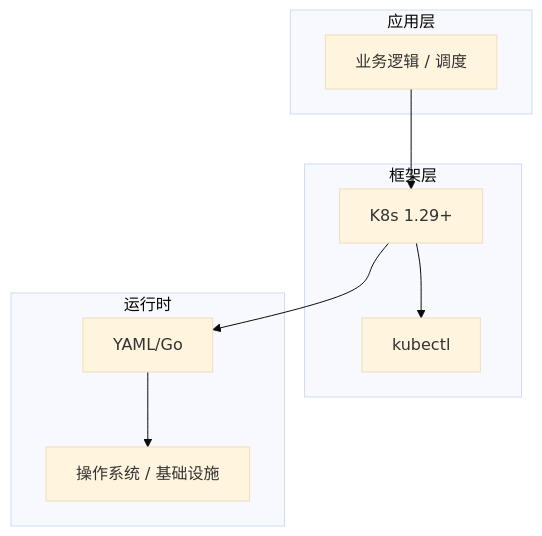
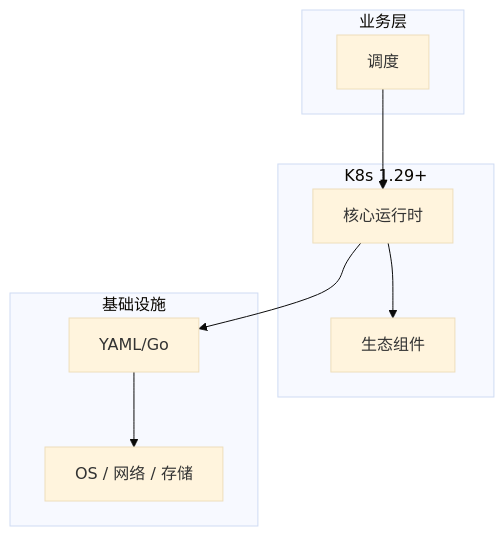
One commit to yanggan2015/knowledge-json-v2 changed the diagram in articles/Kubernetes/chapters/137-调度核心概念与原理.md. Above: the diagram before and after it, drawn with Mermaid (base theme). The commit also changed other lines of this file and 10127 other files, not shown here.

````diff
--- a/articles/Kubernetes/chapters/137-调度核心概念与原理.md
+++ b/articles/Kubernetes/chapters/137-调度核心概念与原理.md
@@ -45,18 +34,18 @@
 ```mermaid
 graph TB
-    subgraph 应用层
-        A[业务逻辑 / 调度]
+    subgraph 业务层
+        A[调度]
     end
-    subgraph 框架层
-        B[K8s 1.29+]
-        C[kubectl]
+    subgraph K8s 1.29+
+        B[核心运行时]
+        C[生态组件]
     end
-    subgraph 运行时
+    subgraph 基础设施
         D[YAML/Go]
-        E[操作系统 / 基础设施]
+        E[OS / 网络 / 存储]
     end
     A --> B
     B --> C
     B --> D
     D --> E
 ```
````
